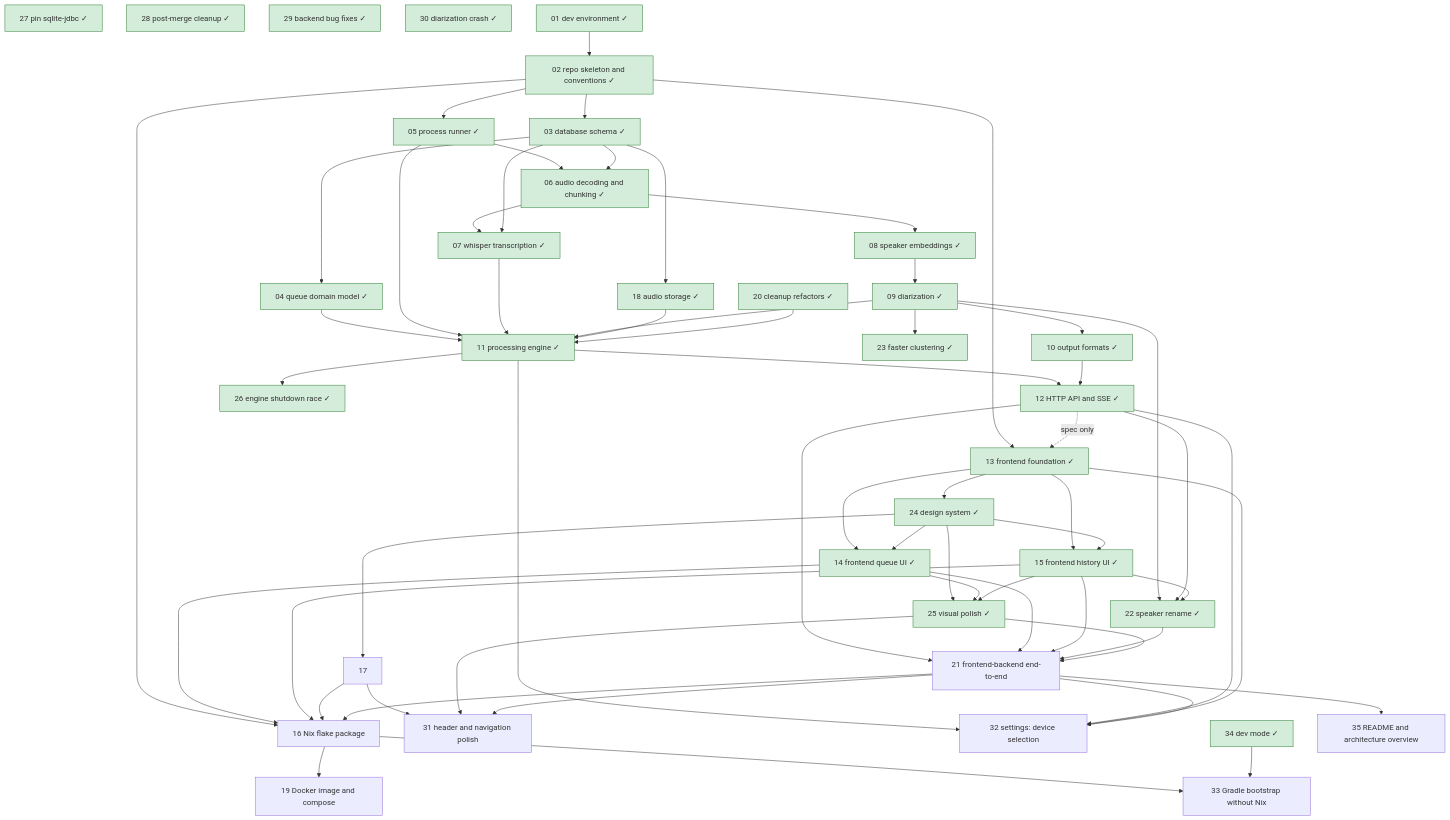
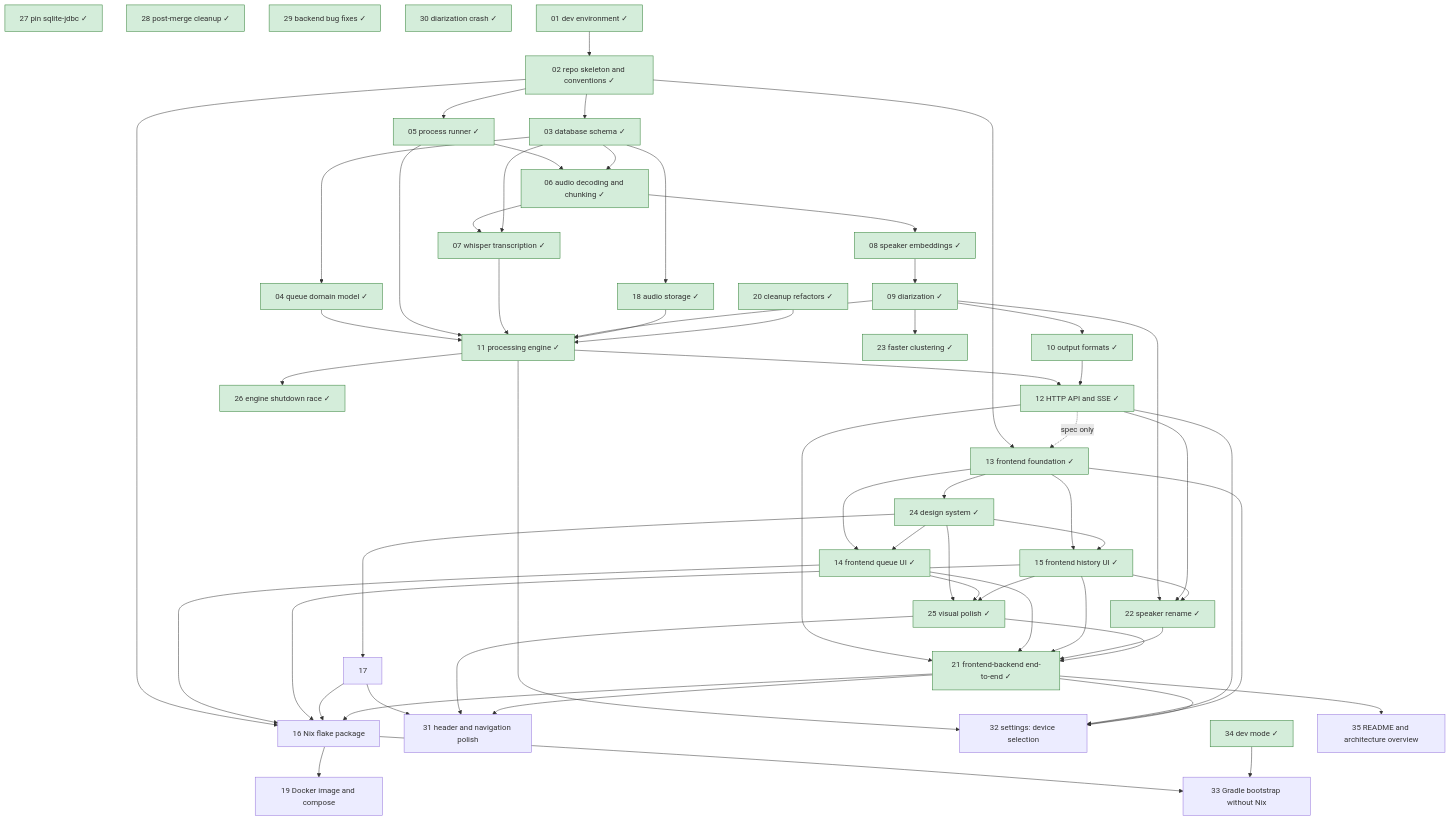
One commit to lulu-berlin/speech-to-text-app changed the diagram in roadmap/README.md. Above: the diagram before and after it, drawn with Mermaid. The commit also changed other lines of this file and 1 other file, not shown here.

Commit message:
Item 21: spec to docs/specs/frontend-backend-end-to-end.md; README done

````diff
--- a/roadmap/README.md
+++ b/roadmap/README.md
@@ -17,67 +17,67 @@
 ```mermaid
 graph TD
   01[01 dev environment ✓]:::done --> 02[02 repo skeleton and conventions ✓]:::done
   02 --> 03[03 database schema ✓]:::done
   03 --> 04[04 queue domain model ✓]:::done
   02 --> 05[05 process runner ✓]:::done
   05 --> 06[06 audio decoding and chunking ✓]:::done
   03 --> 06
   06 --> 07[07 whisper transcription ✓]:::done
   03 --> 07
   06 --> 08[08 speaker embeddings ✓]:::done
   08 --> 09[09 diarization ✓]:::done
   09 --> 10[10 output formats ✓]:::done
   04 --> 11[11 processing engine ✓]:::done
   05 --> 11
   07 --> 11
   09 --> 11
   03 --> 18[18 audio storage ✓]:::done
   18 --> 11
   20 --> 11
   11 --> 12[12 HTTP API and SSE ✓]:::done
   10 --> 12
   02 --> 13[13 frontend foundation ✓]:::done
   12 -. spec only .-> 13
   13 --> 14[14 frontend queue UI ✓]:::done
   13 --> 15[15 frontend history UI ✓]:::done
   02 --> 16[16 Nix flake package]
   14 --> 16
   15 --> 16
   17 --> 16
   20[20 cleanup refactors ✓]:::done
-  12 --> 21[21 frontend-backend end-to-end]
+  12 --> 21[21 frontend-backend end-to-end ✓]:::done
   14 --> 21
   15 --> 21
   22 --> 21
   25 --> 21
   16 --> 19[19 Docker image and compose]
   21 --> 16
   09 --> 22[22 speaker rename ✓]:::done
   12 --> 22
   15 --> 22
   09 --> 23[23 faster clustering ✓]:::done
   13 --> 24[24 design system ✓]:::done
   24 --> 14
   24 --> 15
   24 --> 17
   24 --> 25[25 visual polish ✓]:::done
   14 --> 25
   15 --> 25
   11 --> 26[26 engine shutdown race ✓]:::done
   27[27 pin sqlite-jdbc ✓]:::done
   28[28 post-merge cleanup ✓]:::done
   29[29 backend bug fixes ✓]:::done
   30[30 diarization crash ✓]:::done
   17 --> 31[31 header and navigation polish]
   25 --> 31
   21 --> 31
   11 --> 32[32 settings: device selection]
   12 --> 32
   13 --> 32
   21 --> 32
   16 --> 33[33 Gradle bootstrap without Nix]
   34 --> 33
   34[34 dev mode ✓]:::done
   21 --> 35[35 README and architecture overview]
   classDef done fill:#d4edda,stroke:#2e7d32
 ```
````
